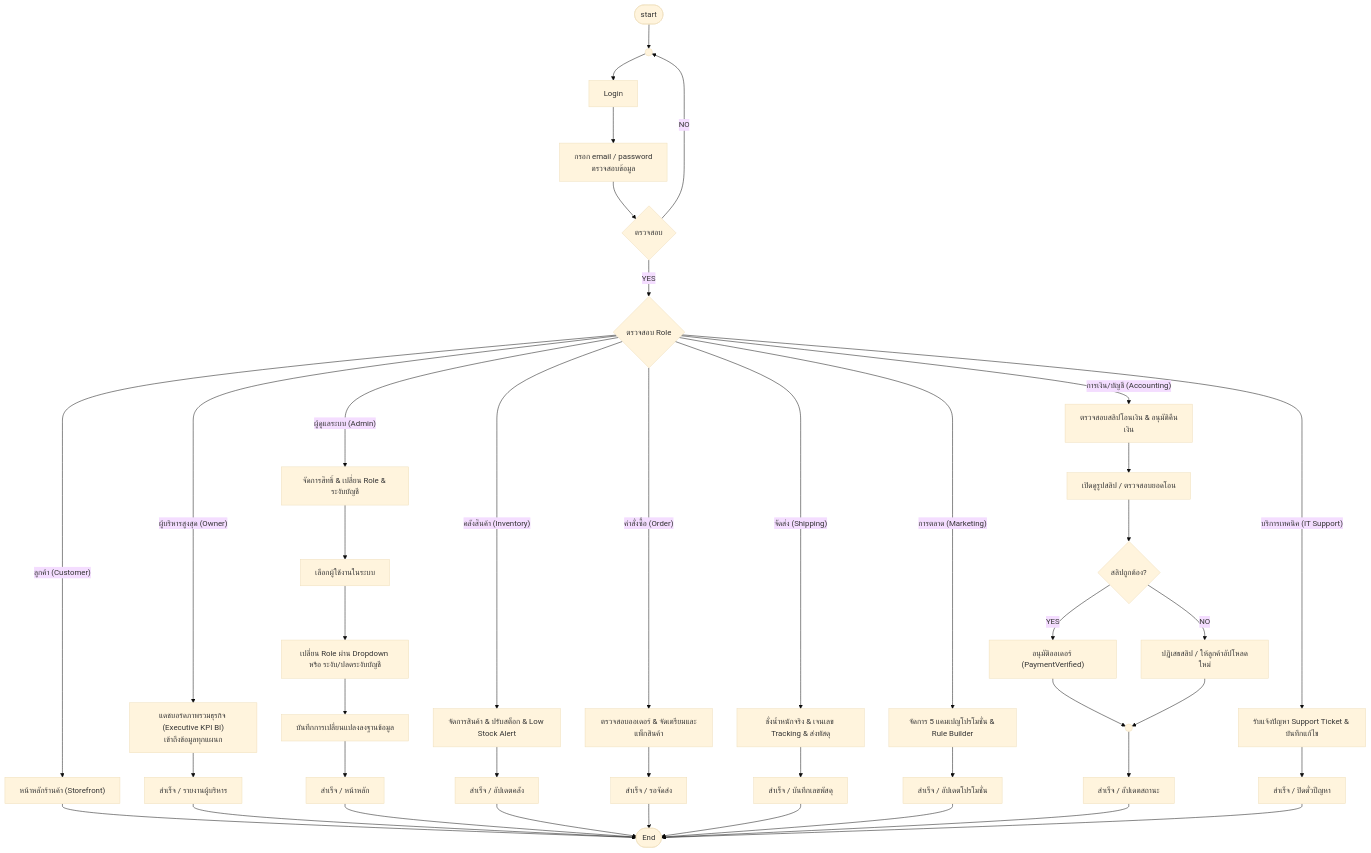
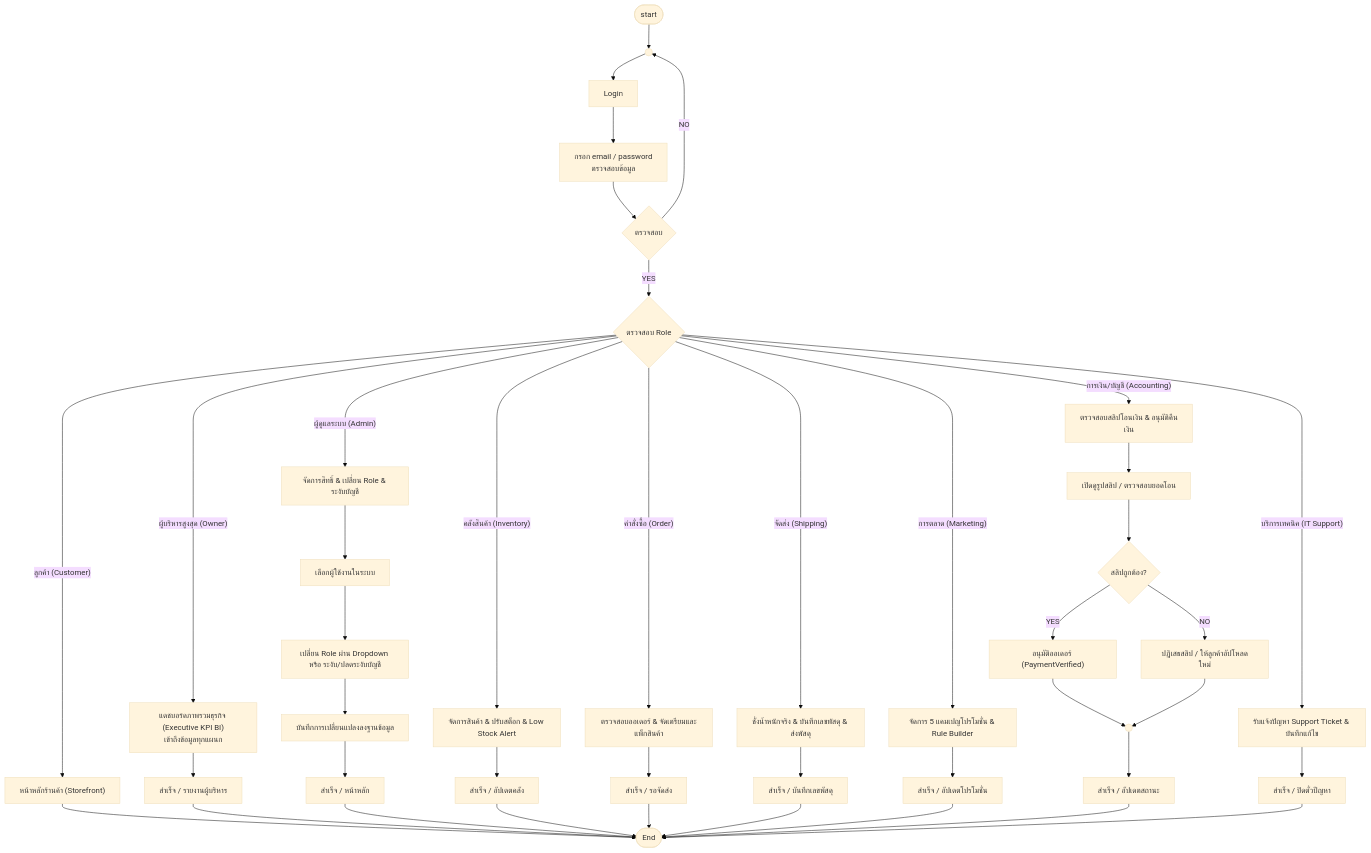
One commit to doraemon-kub/CSI402_Project-final changed the second of 18 diagrams in README.md. Above: the diagram before and after it, drawn with Mermaid (base theme). The commit also changed other lines of this file and 3 other files, not shown here.

Commit message:
docs: update shipping flowchart step to real-world barcode scanning and courier tracking assignment

````diff
--- a/README.md
+++ b/README.md
@@ -97,49 +97,49 @@
 ```mermaid
 flowchart TD
     Start([start]) --> ConnLogin(( ))
     ConnLogin --> Login[Login]
     Login --> FillCreds["กรอก email / password\nตรวจสอบข้อมูล"]
     FillCreds --> CheckCreds{ตรวจสอบ}
     CheckCreds -- NO --> ConnLogin
     CheckCreds -- YES --> CheckRole{"ตรวจสอบ Role"}
     
     CheckRole -- "ลูกค้า (Customer)" --> GoStore["หน้าหลักร้านค้า (Storefront)"]
     CheckRole -- "ผู้บริหารสูงสุด (Owner)" --> OwnerDept["แดชบอร์ดภาพรวมธุรกิจ (Executive KPI BI)\nเข้าถึงข้อมูลทุกแผนก"]
     CheckRole -- "ผู้ดูแลระบบ (Admin)" --> AdminDept["จัดการสิทธิ์ & เปลี่ยน Role & ระงับบัญชี"]
     CheckRole -- "คลังสินค้า (Inventory)" --> WhDept["จัดการสินค้า & ปรับสต็อก & Low Stock Alert"]
     CheckRole -- "คำสั่งซื้อ (Order)" --> OrderDept["ตรวจสอบออเดอร์ & จัดเตรียมและแพ็กสินค้า"]
-    CheckRole -- "จัดส่ง (Shipping)" --> ShipDept["ชั่งน้ำหนักจริง & เจนเลข Tracking & ส่งพัสดุ"]
+    CheckRole -- "จัดส่ง (Shipping)" --> ShipDept["ชั่งน้ำหนักจริง & บันทึกเลขพัสดุ & ส่งพัสดุ"]
     CheckRole -- "การตลาด (Marketing)" --> MktDept["จัดการ 5 แคมเปญโปรโมชั่น & Rule Builder"]
     CheckRole -- "การเงิน/บัญชี (Accounting)" --> FinDept["ตรวจสอบสลิปโอนเงิน & อนุมัติคืนเงิน"]
     CheckRole -- "บริการเทคนิค (IT Support)" --> SupportDept["รับแจ้งปัญหา Support Ticket & บันทึกแก้ไข"]
     
     AdminDept --> AdminSelect["เลือกผู้ใช้งานในระบบ"]
     AdminSelect --> AdminAction["เปลี่ยน Role ผ่าน Dropdown หรือ ระงับ/ปลดระงับบัญชี"]
     AdminAction --> SaveUserDB["บันทึกการเปลี่ยนแปลงลงฐานข้อมูล"]
     SaveUserDB --> AdminDone["สำเร็จ / หน้าหลัก"]
     
     FinDept --> CheckSlip["เปิดดูรูปสลิป / ตรวจสอบยอดโอน"]
     CheckSlip --> IsSlipValid{สลิปถูกต้อง?}
     IsSlipValid -- YES --> ApprovePay["อนุมัติออเดอร์ (PaymentVerified)"]
     IsSlipValid -- NO --> RejectPay["ปฏิเสธสลิป / ให้ลูกค้าอัปโหลดใหม่"]
     ApprovePay --> ConnFinDone(( ))
     RejectPay --> ConnFinDone
     ConnFinDone --> FinDone["สำเร็จ / อัปเดตสถานะ"]
     
     WhDept --> WhDone["สำเร็จ / อัปเดตคลัง"]
     OrderDept --> OrderDone["สำเร็จ / รอจัดส่ง"]
     ShipDept --> ShipDone["สำเร็จ / บันทึกเลขพัสดุ"]
     MktDept --> MktDoneNode["สำเร็จ / อัปเดตโปรโมชั่น"]
     SupportDept --> SupportDone["สำเร็จ / ปิดตั๋วปัญหา"]
     OwnerDept --> OwnerDone["สำเร็จ / รายงานผู้บริหาร"]
     
     GoStore --> End([End])
     OwnerDone --> End
     AdminDone --> End
     WhDone --> End
     OrderDone --> End
     ShipDone --> End
     MktDoneNode --> End
     FinDone --> End
     SupportDone --> End
 ```
````
